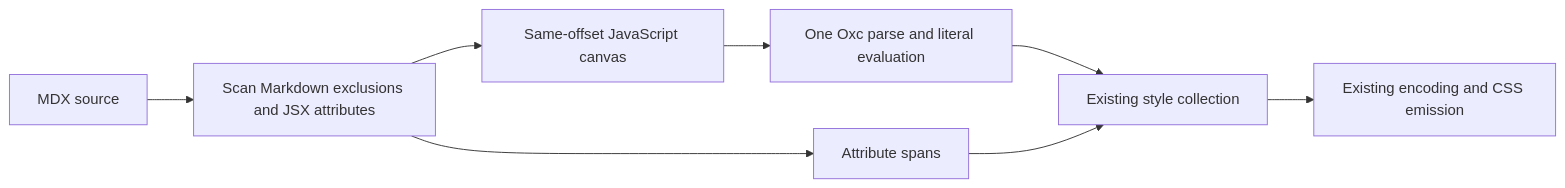
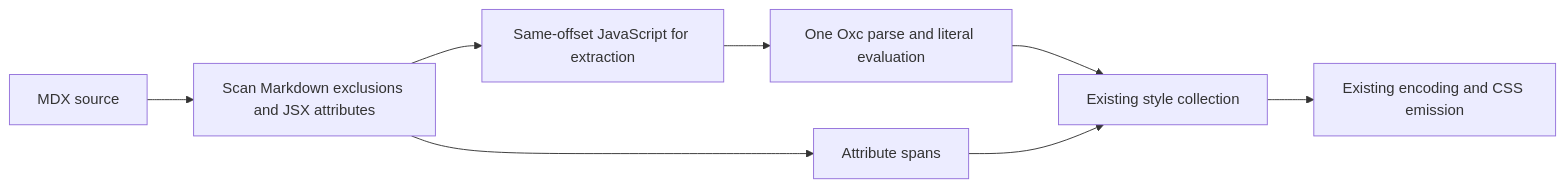
Before and after one commit to chakra-ui/panda: the diagram in design-notes/mdx-parser.md, drawn with Mermaid. The commit also changed other lines of this file and 5 other files, not shown here.

Commit message:
refactor(mdx): name extraction source explicitly

````diff
--- a/design-notes/mdx-parser.md
+++ b/design-notes/mdx-parser.md
@@ -26,10 +26,10 @@
 ```mermaid
 flowchart LR
     MDX[MDX source] --> Scan[Scan Markdown exclusions and JSX attributes]
-    Scan --> Canvas[Same-offset JavaScript canvas]
+    Scan --> ExtractionSource[Same-offset JavaScript for extraction]
     Scan --> Attrs[Attribute spans]
-    Canvas --> Oxc[One Oxc parse and literal evaluation]
+    ExtractionSource --> Oxc[One Oxc parse and literal evaluation]
     Oxc --> Collect[Existing style collection]
     Attrs --> Collect
     Collect --> CSS[Existing encoding and CSS emission]
 ```
````
